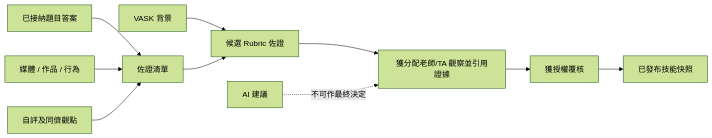
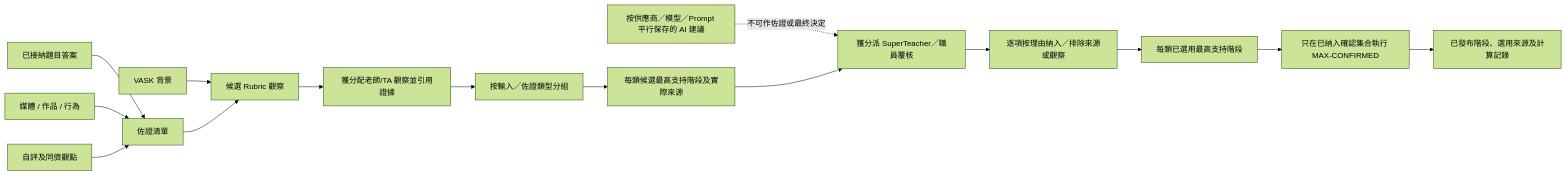
The diagram in output/Chinese/SRS/SRS-08 評估八項技能及十六階段.md (heison-octopus/testing-port), drawn with Mermaid (forest theme) before and after one commit. The commit also changed other lines of this file and 79 other files, not shown here.

````diff
--- a/output/Chinese/SRS/SRS-08 評估八項技能及十六階段.md
+++ b/output/Chinese/SRS/SRS-08 評估八項技能及十六階段.md
@@ -51,12 +63,17 @@
 ```mermaid
 flowchart LR
     Q[已接納題目答案] --> PL[佐證清單]
     V[VASK 背景] --> C
     M[媒體 / 作品 / 行為] --> PL
     S[自評及同儕觀點] --> PL
-    PL --> C[候選 Rubric 佐證]
+    PL --> C[候選 Rubric 觀察]
     C --> T[獲分配老師/TA 觀察並引用證據]
-    T --> R[獲授權覆核]
-    R --> P[已發布技能快照]
-    AI[AI 建議] -. 不可作最終決定 .-> T
+    T --> G[按輸入／佐證類型分組]
+    G --> TypeMax[每類候選最高支持階段及實際來源]
+    AI[按供應商／模型／Prompt 平行保存的 AI 建議] -. 不可作佐證或最終決定 .-> R[獲分派 SuperTeacher／職員覆核]
+    TypeMax --> R
+    R --> I[逐項按理由納入／排除來源或觀察]
+    I --> IncludedMax[每類已選用最高支持階段]
+    IncludedMax --> X[只在已納入確認集合執行 MAX-CONFIRMED]
+    X --> P[已發布階段、選用來源及計算記錄]
 ```
````
